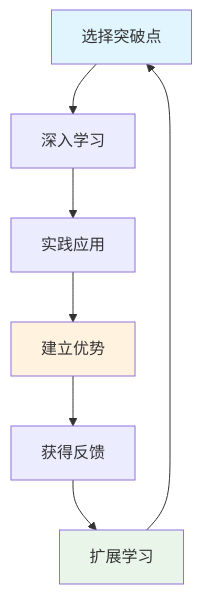
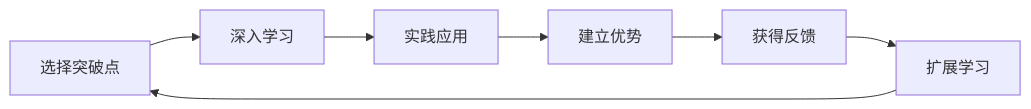
Before and after one commit to fangkun119/tech-page: the fourth of 46 diagrams in _posts/2025-11-08-book-01-feynman-approach.md, drawn with Mermaid. The commit also changed other lines of this file and 1 other file, not shown here.

Commit message:
feat: adjust diagram

````diff
--- a/_posts/2025-11-08-book-01-feynman-approach.md
+++ b/_posts/2025-11-08-book-01-feynman-approach.md
@@ -403,13 +392,9 @@
 ```mermaid
-graph TD
+graph LR
     A[选择突破点] --> B[深入学习]
     B --> C[实践应用]
     C --> D[建立优势]
     D --> E[获得反馈]
     E --> F[扩展学习]
     F --> A
-
-    style A fill:#e1f5fe
-    style D fill:#fff3e0
-    style F fill:#e8f5e8
 ```
````
